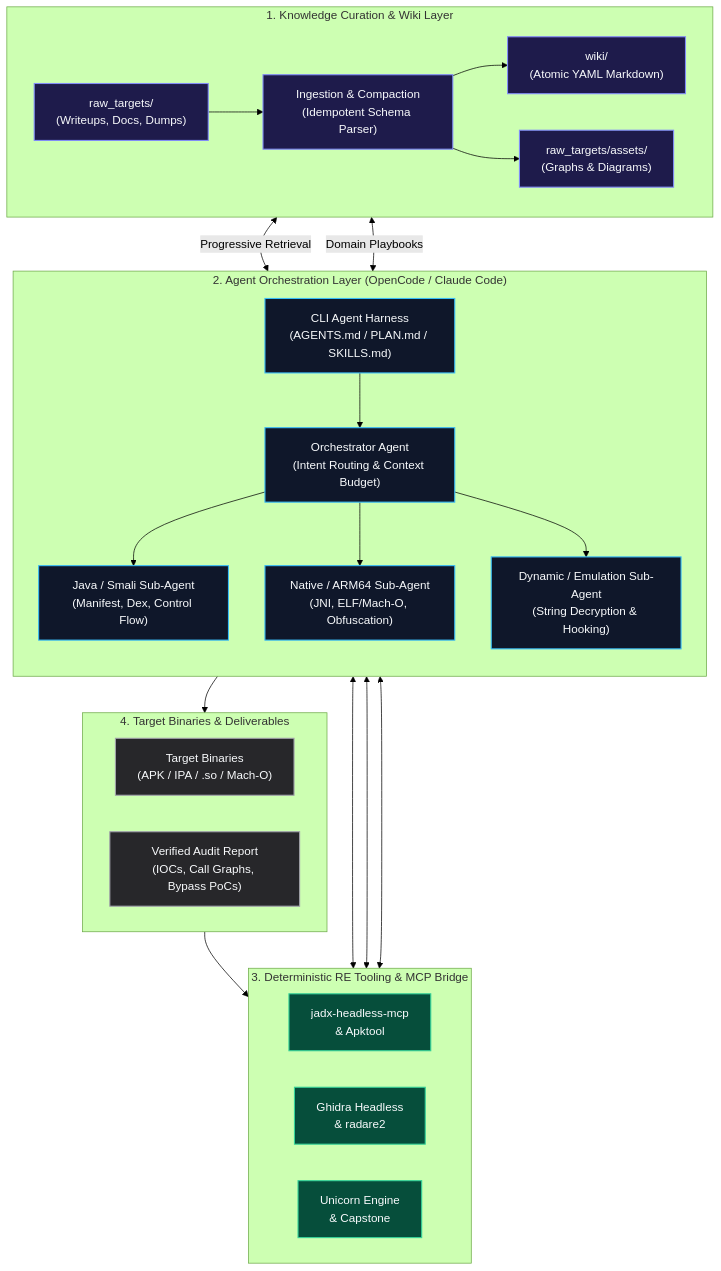
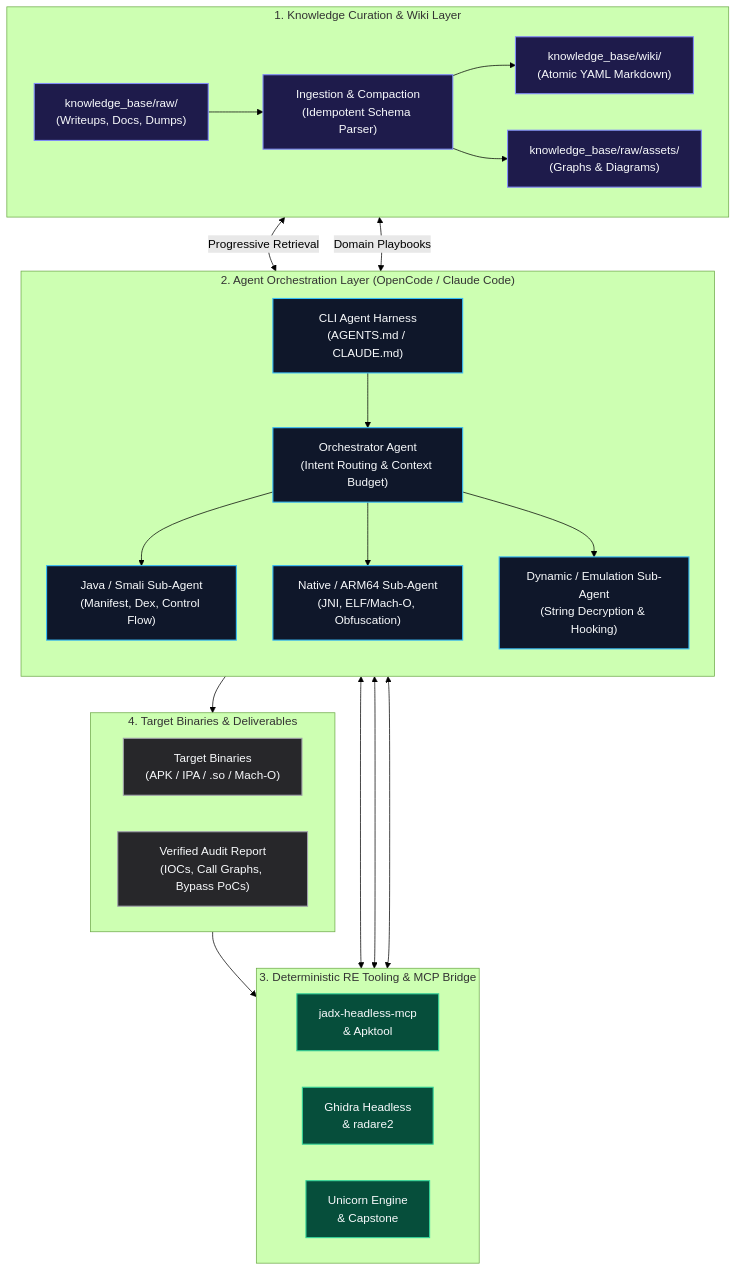
Before and after one commit to fatalSec/LLM-RE-Wiki: the first of 3 diagrams in README.md, drawn with Mermaid (forest theme). The commit also changed other lines of this file and 6 other files, not shown here.

Commit message:
chore: remove all symlinks and restore original knowledge_base structure in README and scripts

````diff
--- a/README.md
+++ b/README.md
@@ -27,52 +27,52 @@
 ```mermaid
 flowchart TB
     classDef knowledge fill:#1e1b4b,stroke:#818cf8,color:#f8fafc,stroke-width:1.5px
     classDef agent fill:#0f172a,stroke:#38bdf8,color:#f8fafc,stroke-width:1.5px
     classDef tool fill:#064e3b,stroke:#34d399,color:#f8fafc,stroke-width:1.5px
     classDef artifact fill:#27272a,stroke:#a1a1aa,color:#f8fafc,stroke-width:1.5px
 
     subgraph L1["1. Knowledge Curation & Wiki Layer"]
         direction LR
-        RAW["raw_targets/<br/>(Writeups, Docs, Dumps)"]:::knowledge
+        RAW["knowledge_base/raw/<br/>(Writeups, Docs, Dumps)"]:::knowledge
         INGEST["Ingestion & Compaction<br/>(Idempotent Schema Parser)"]:::knowledge
-        WIKI["wiki/<br/>(Atomic YAML Markdown)"]:::knowledge
-        ASSETS["raw_targets/assets/<br/>(Graphs & Diagrams)"]:::knowledge
+        WIKI["knowledge_base/wiki/<br/>(Atomic YAML Markdown)"]:::knowledge
+        ASSETS["knowledge_base/raw/assets/<br/>(Graphs & Diagrams)"]:::knowledge
         RAW --> INGEST --> WIKI
         INGEST --> ASSETS
     end
 
     subgraph L2["2. Agent Orchestration Layer (OpenCode / Claude Code)"]
         direction TB
-        HARNESS["CLI Agent Harness<br/>(AGENTS.md / PLAN.md / SKILLS.md)"]:::agent
+        HARNESS["CLI Agent Harness<br/>(AGENTS.md / CLAUDE.md)"]:::agent
         ORCH["Orchestrator Agent<br/>(Intent Routing & Context Budget)"]:::agent
         SA_JAVA["Java / Smali Sub-Agent<br/>(Manifest, Dex, Control Flow)"]:::agent
         SA_NAT["Native / ARM64 Sub-Agent<br/>(JNI, ELF/Mach-O, Obfuscation)"]:::agent
         SA_DYN["Dynamic / Emulation Sub-Agent<br/>(String Decryption & Hooking)"]:::agent
 
         HARNESS --> ORCH
         ORCH --> SA_JAVA
         ORCH --> SA_NAT
         ORCH --> SA_DYN
     end
 
     subgraph L3["3. Deterministic RE Tooling & MCP Bridge"]
         direction LR
         JADX["jadx-headless-mcp<br/>& Apktool"]:::tool
         GHIDRA["Ghidra Headless<br/>& radare2"]:::tool
         EMU["Unicorn Engine<br/>& Capstone"]:::tool
     end
 
     subgraph L4["4. Target Binaries & Deliverables"]
         direction LR
         BIN["Target Binaries<br/>(APK / IPA / .so / Mach-O)"]:::artifact
         OUT["Verified Audit Report<br/>(IOCs, Call Graphs, Bypass PoCs)"]:::artifact
     end
 
     WIKI <-->|"Progressive Retrieval"| ORCH
     WIKI <-->|"Domain Playbooks"| SA_NAT
     SA_JAVA <--> JADX
     SA_NAT <--> GHIDRA
     SA_DYN <--> EMU
     BIN --> L3
     ORCH --> OUT
 ```
````
